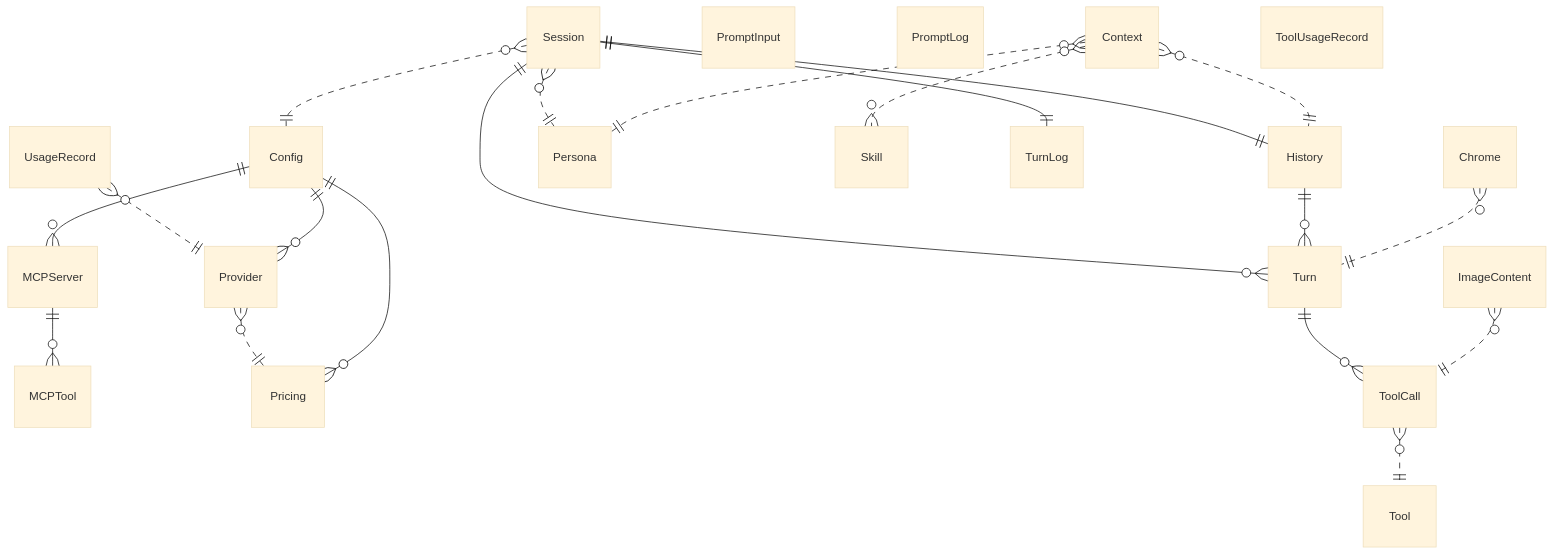
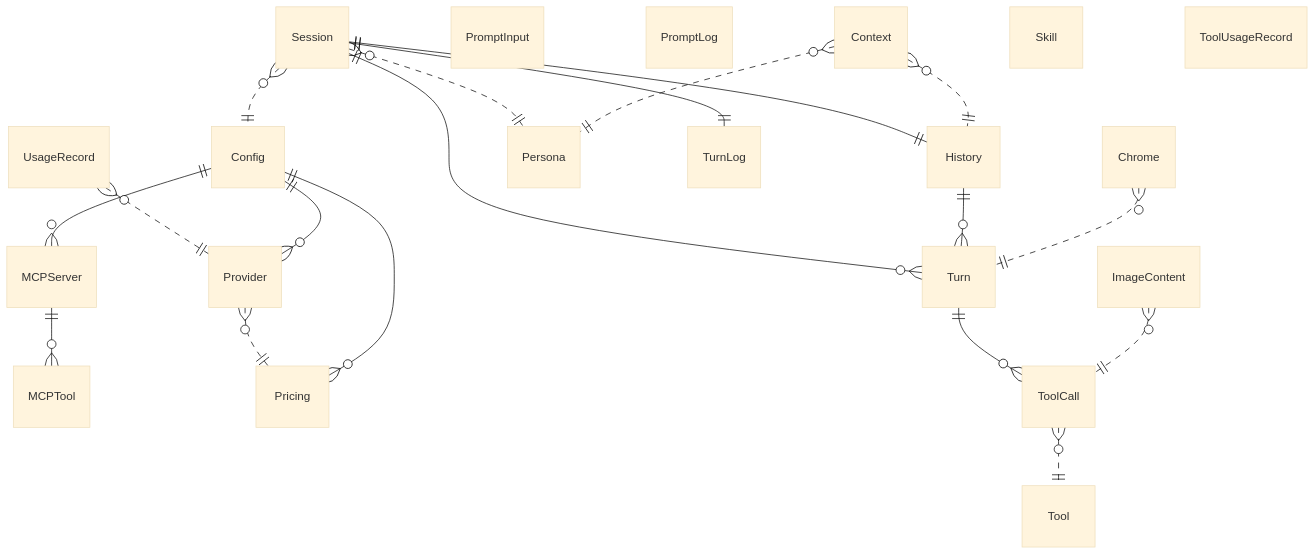
The diagram in docs/domain-model/tellme.modelith.md (gosharplite/tellme), drawn with Mermaid (base theme) before and after one commit. The commit also changed other lines of this file and 3 other files, not shown here.

````diff
--- a/docs/domain-model/tellme.modelith.md
+++ b/docs/domain-model/tellme.modelith.md
@@ -391,42 +388,41 @@
 ```mermaid
 erDiagram
     Chrome {}
     Config {}
     Context {}
     History {}
     ImageContent {}
     MCPServer {}
     MCPTool {}
     Persona {}
     Pricing {}
     PromptInput {}
     PromptLog {}
     Provider {}
     Session {}
     Skill {}
     Tool {}
     ToolCall {}
     ToolUsageRecord {}
     Turn {}
     TurnLog {}
     UsageRecord {}
     Chrome }o..|| Turn : ""
     Config ||--o{ Provider : ""
     Config ||--o{ Pricing : ""
     Config ||--o{ MCPServer : ""
     Context }o..|| Persona : ""
-    Context }o..o{ Skill : ""
     Context }o..|| History : ""
     History ||--o{ Turn : ""
     ImageContent }o..|| ToolCall : ""
     MCPServer ||--o{ MCPTool : ""
     Provider }o..|| Pricing : ""
     Session ||--o{ Turn : ""
     Session ||--|| History : ""
     Session ||--|| TurnLog : ""
     Session }o..|| Persona : ""
     Session }o..|| Config : ""
     ToolCall }o..|| Tool : ""
     Turn ||--o{ ToolCall : ""
     UsageRecord }o..|| Provider : ""
 ```
````
